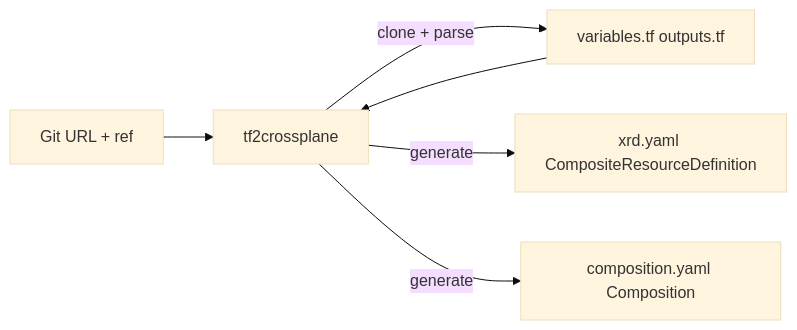
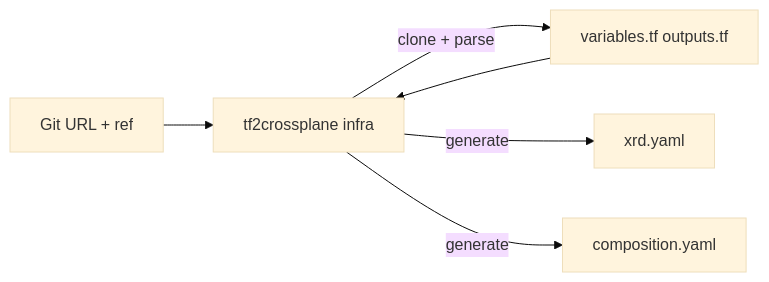
One commit to cdelgehier/tf2crossplane changed the second of 2 diagrams in README.md. Above: the diagram before and after it, drawn with Mermaid (base theme). The commit also changed other lines of this file and 22 other files, not shown here.

````diff
--- a/README.md
+++ b/README.md
@@ -42,8 +76,8 @@
 ```mermaid
 flowchart LR
-    URL[Git URL + ref] --> TFC[tf2crossplane]
+    URL[Git URL + ref] --> TFC[tf2crossplane infra]
     TFC -->|clone + parse| VARS[variables.tf outputs.tf]
     VARS --> TFC
-    TFC -->|generate| XRD[xrd.yaml CompositeResourceDefinition]
-    TFC -->|generate| COMP[composition.yaml Composition]
+    TFC -->|generate| XRD[xrd.yaml]
+    TFC -->|generate| COMP[composition.yaml]
 ```
````
